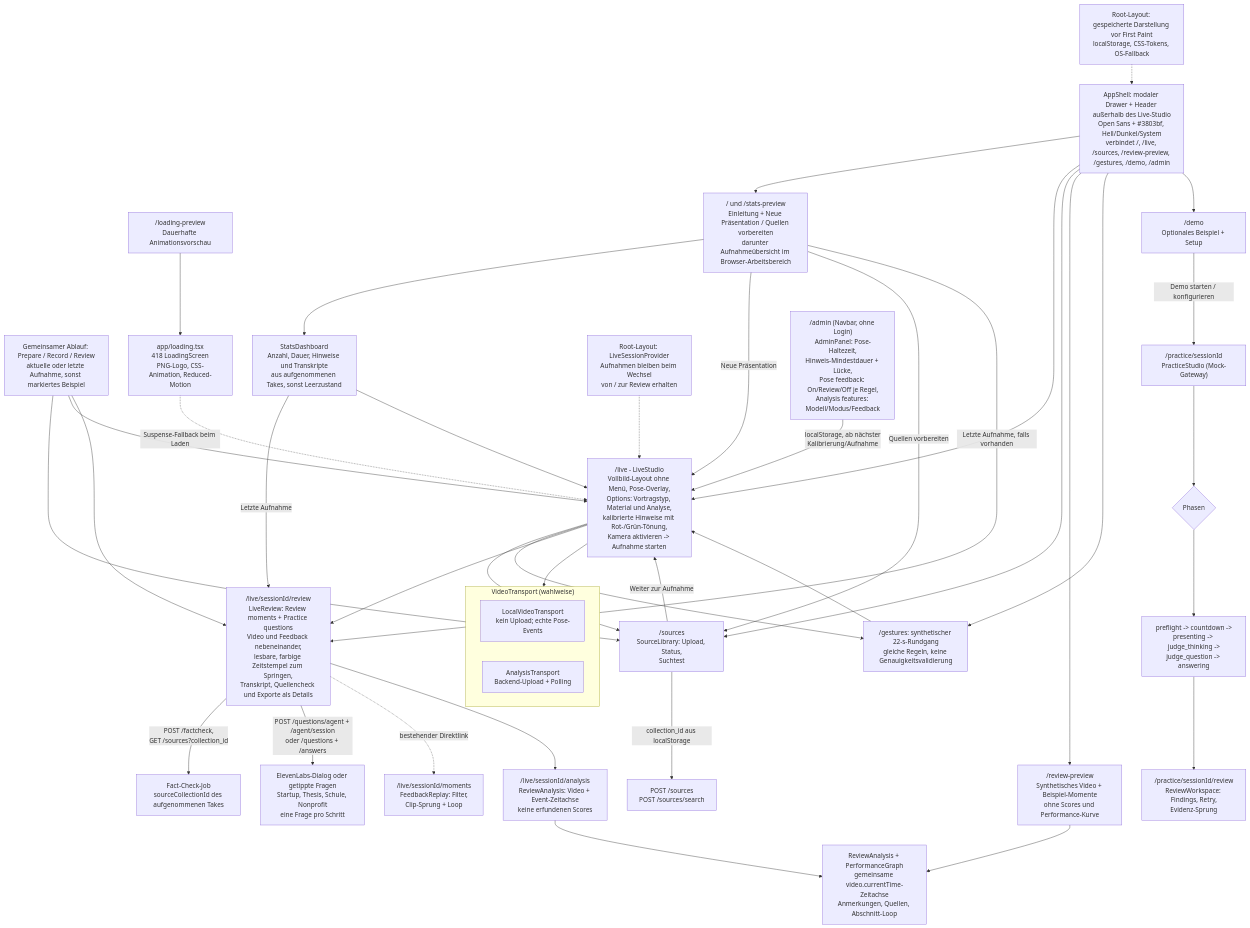
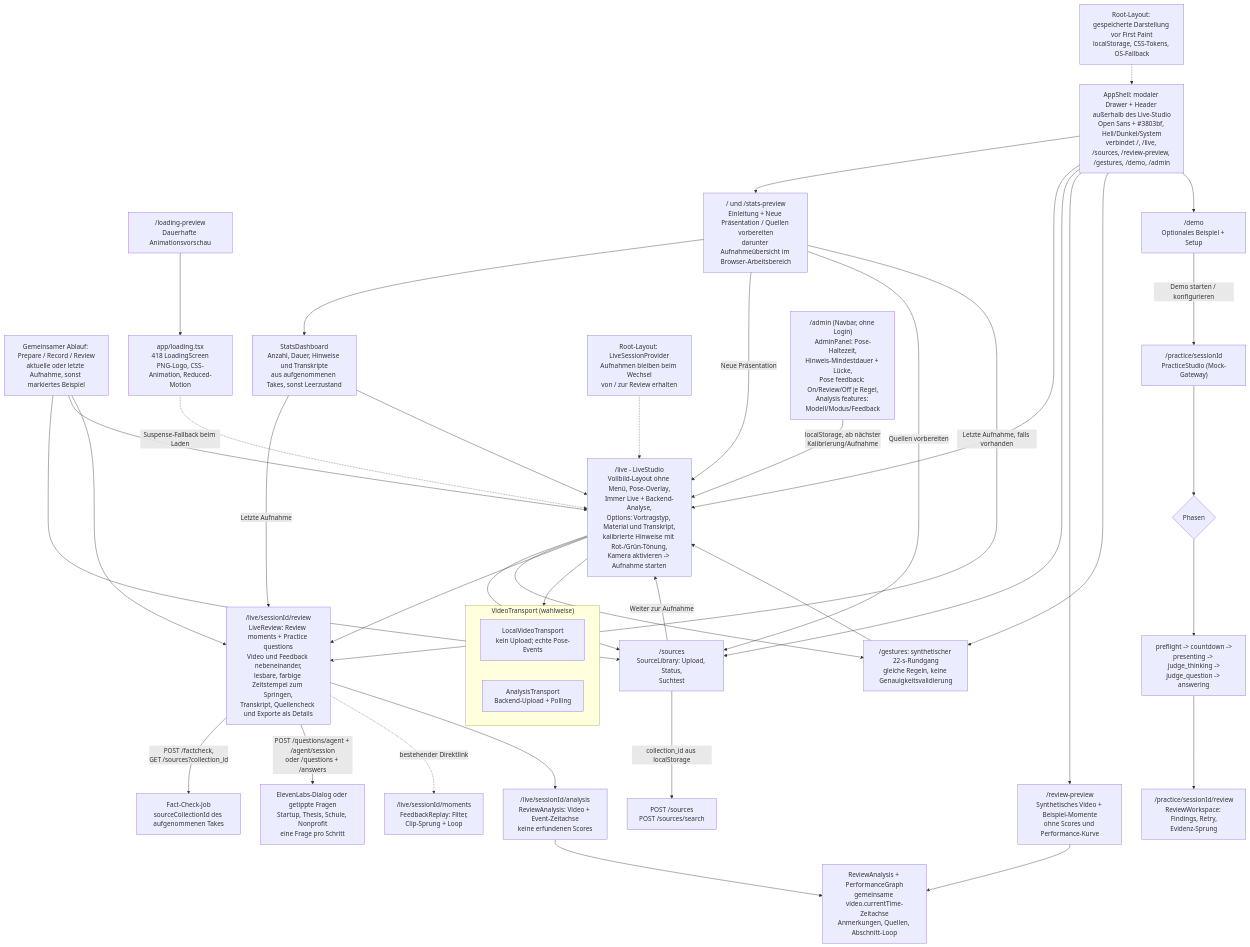
One commit to johannes3502/hackathon-fulda changed the eighth of 12 diagrams in docs/03-architecture.md. Above: the diagram before and after it, drawn with Mermaid. The commit also changed other lines of this file and 14 other files, not shown here.

Commit message:
Use live backend analysis for every studio recording

````diff
--- a/docs/03-architecture.md
+++ b/docs/03-architecture.md
@@ -419,53 +416,53 @@
 ```mermaid
 flowchart TD
     DRAWER["AppShell: modaler Drawer + Header außerhalb des Live-Studio<br/>Open Sans + #3803bf, Hell/Dunkel/System<br/>verbindet /, /live, /sources, /review-preview, /gestures, /demo, /admin"]
     THEME["Root-Layout: gespeicherte Darstellung vor First Paint<br/>localStorage, CSS-Tokens, OS-Fallback"] -.-> DRAWER
     JOURNEY["Gemeinsamer Ablauf: Prepare / Record / Review<br/>aktuelle oder letzte Aufnahme, sonst markiertes Beispiel"] --> SRC
     JOURNEY --> LIVE
     JOURNEY --> LREV
     LOADING["app/loading.tsx<br/>418 LoadingScreen<br/>PNG-Logo, CSS-Animation, Reduced-Motion"]
     LP["/loading-preview<br/>Dauerhafte Animationsvorschau"] --> LOADING
     SP["/ und /stats-preview<br/>Einleitung + Neue Präsentation / Quellen vorbereiten<br/>darunter Aufnahmeübersicht im Browser-Arbeitsbereich"] --> SC["StatsDashboard<br/>Anzahl, Dauer, Hinweise und Transkripte<br/>aus aufgenommenen Takes, sonst Leerzustand"]
     SP -->|"Neue Präsentation"| LIVE
     SP -->|"Quellen vorbereiten"| SRC
     SP -->|"Letzte Aufnahme, falls vorhanden"| LREV
     DRAWER --> SP
     DRAWER --> LIVE
     DRAWER --> SRC
     DRAWER --> RP
     DRAWER --> WALK
     DRAWER --> DEMOPAGE
     RP["/review-preview<br/>Synthetisches Video + Beispiel-Momente<br/>ohne Scores und Performance-Kurve"]
     SC -->|"Letzte Aufnahme"| LREV
     SC --> LIVE
     LOADING -. "Suspense-Fallback beim Laden" .-> LIVE
-    LIVE["/live - LiveStudio<br/>Vollbild-Layout ohne Menü, Pose-Overlay,<br/>Options: Vortragstyp, Material und Analyse,<br/>kalibrierte Hinweise mit Rot-/Grün-Tönung,<br/>Kamera aktivieren -> Aufnahme starten"]
+    LIVE["/live - LiveStudio<br/>Vollbild-Layout ohne Menü, Pose-Overlay,<br/>Immer Live + Backend-Analyse,<br/>Options: Vortragstyp, Material und Transkript,<br/>kalibrierte Hinweise mit Rot-/Grün-Tönung,<br/>Kamera aktivieren -> Aufnahme starten"]
     STORE["Root-Layout: LiveSessionProvider<br/>Aufnahmen bleiben beim Wechsel<br/>von / zur Review erhalten"] -.-> LIVE
     DEMOPAGE["/demo<br/>Optionales Beispiel + Setup"]
     DEMOPAGE -->|"Demo starten / konfigurieren"| PRAC["/practice/sessionId<br/>PracticeStudio (Mock-Gateway)"]
     LIVE --> SRC["/sources<br/>SourceLibrary: Upload, Status,<br/>Suchtest"]
     SRC -->|"Weiter zur Aufnahme"| LIVE
     LIVE --> WALK["/gestures: synthetischer 22-s-Rundgang<br/>gleiche Regeln, keine Genauigkeitsvalidierung"]
     WALK --> LIVE
     ADMIN["/admin (Navbar, ohne Login)<br/>AdminPanel: Pose-Haltezeit,<br/>Hinweis-Mindestdauer + Lücke,<br/>Pose feedback: On/Review/Off je Regel,<br/>Analysis features: Modell/Modus/Feedback"] -->|"localStorage, ab nächster<br/>Kalibrierung/Aufnahme"| LIVE
 
     PRAC --> STATE{"Phasen"}
     STATE --> P1["preflight -> countdown -><br/>presenting -> judge_thinking -><br/>judge_question -> answering"]
     P1 --> PREV["/practice/sessionId/review<br/>ReviewWorkspace: Findings, Retry,<br/>Evidenz-Sprung"]
 
     LIVE --> LREV["/live/sessionId/review<br/>LiveReview: Review moments + Practice questions<br/>Video und Feedback nebeneinander,<br/>lesbare, farbige Zeitstempel zum Springen,<br/>Transkript, Quellencheck und Exporte als Details"]
     LREV -->|"POST /factcheck,<br/>GET /sources?collection_id"| FCAPI["Fact-Check-Job<br/>sourceCollectionId des aufgenommenen Takes"]
     LREV -->|"POST /questions/agent + /agent/session<br/>oder /questions + /answers"| QAPI["ElevenLabs-Dialog oder getippte Fragen<br/>Startup, Thesis, Schule, Nonprofit<br/>eine Frage pro Schritt"]
     LREV -. "bestehender Direktlink" .-> MOM["/live/sessionId/moments<br/>FeedbackReplay: Filter,<br/>Clip-Sprung + Loop"]
     LREV --> LA["/live/sessionId/analysis<br/>ReviewAnalysis: Video + Event-Zeitachse<br/>keine erfundenen Scores"]
     RP --> RA["ReviewAnalysis + PerformanceGraph<br/>gemeinsame video.currentTime-Zeitachse<br/>Anmerkungen, Quellen, Abschnitt-Loop"]
     LA --> RA
 
     SRC -->|"collection_id aus localStorage"| UPLOAD["POST /sources<br/>POST /sources/search"]
 
     subgraph Transport["VideoTransport (wahlweise)"]
         DEMO["LocalVideoTransport<br/>kein Upload; echte Pose-Events"]
         ANA["AnalysisTransport<br/>Backend-Upload + Polling"]
     end
     LIVE --> Transport
 ```
````
